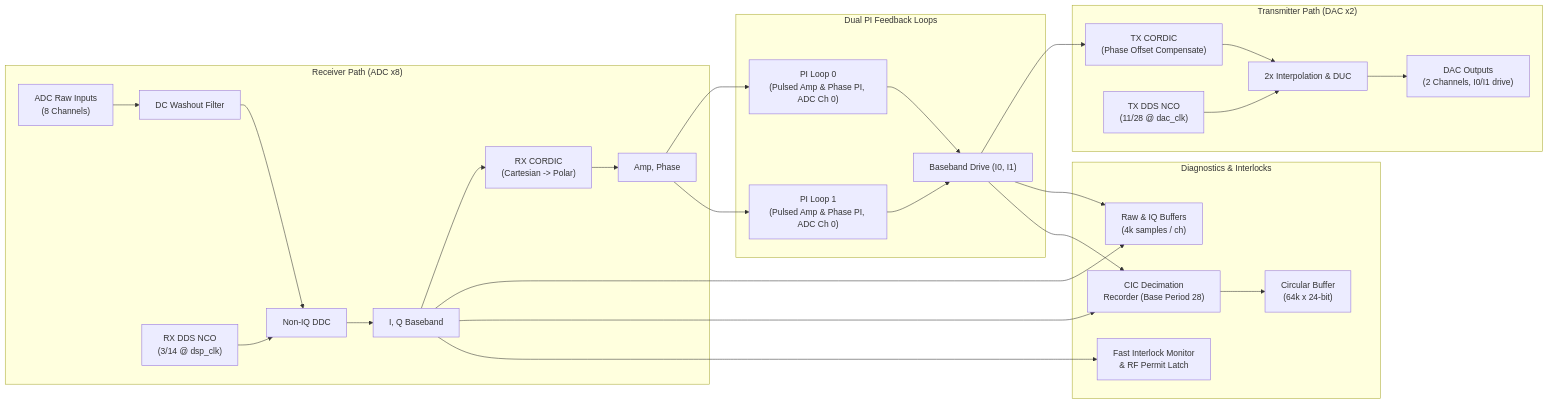
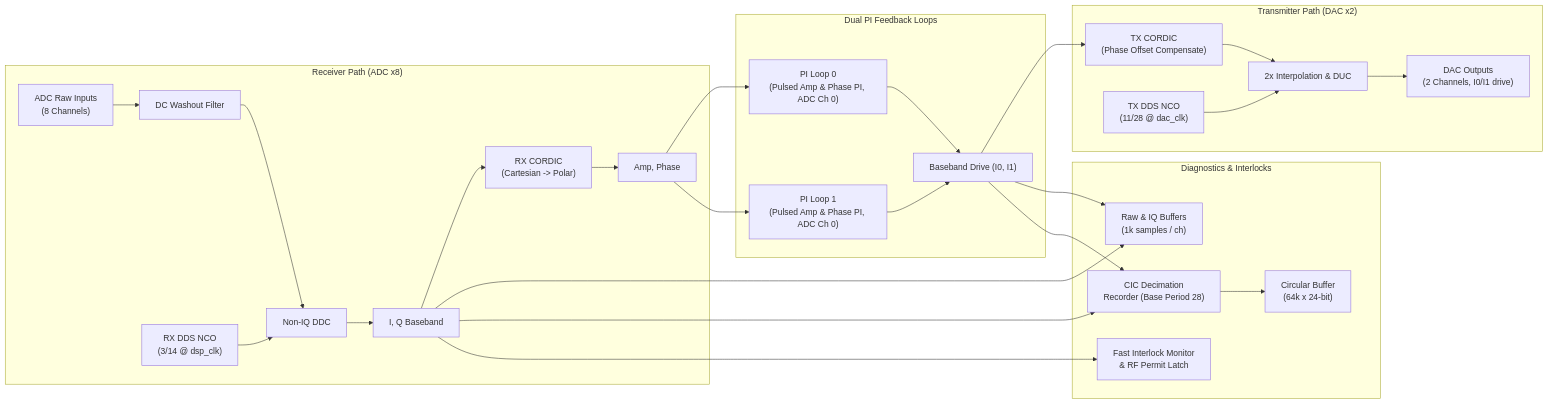
Before and after one commit to BerkeleyLab/uspas_llrf: the diagram in designs/lemp/README.md, drawn with Mermaid. The commit also changed other lines of this file and 13 other files, not shown here.

````diff
--- a/designs/lemp/README.md
+++ b/designs/lemp/README.md
@@ -34,34 +34,34 @@
 ```mermaid
 flowchart LR
     subgraph RX_Path["Receiver Path (ADC x8)"]
         ADC["ADC Raw Inputs<br/>(8 Channels)"] --> WASH["DC Washout Filter"]
         WASH --> DDC["Non-IQ DDC"]
         RX_DDS["RX DDS NCO<br/>(3/14 @ dsp_clk)"] --> DDC
         DDC --> IQ_BB["I, Q Baseband"]
         IQ_BB --> RX_CORDIC["RX CORDIC<br/>(Cartesian -> Polar)"]
         RX_CORDIC --> AMP_PHS["Amp, Phase"]
     end
 
     subgraph Control_Loops["Dual PI Feedback Loops"]
         AMP_PHS --> PI0["PI Loop 0<br/>(Pulsed Amp & Phase PI, ADC Ch 0)"]
         AMP_PHS --> PI1["PI Loop 1<br/>(Pulsed Amp & Phase PI, ADC Ch 0)"]
         PI0 --> DRIVE["Baseband Drive (I0, I1)"]
         PI1 --> DRIVE
     end
 
     subgraph TX_Path["Transmitter Path (DAC x2)"]
         DRIVE --> TX_CORDIC["TX CORDIC<br/>(Phase Offset Compensate)"]
         TX_CORDIC --> DUC["2x Interpolation & DUC"]
         TX_DDS["TX DDS NCO<br/>(11/28 @ dac_clk)"] --> DUC
         DUC --> DAC["DAC Outputs<br/>(2 Channels, I0/I1 drive)"]
     end
 
     subgraph Diagnostics["Diagnostics & Interlocks"]
-        IQ_BB --> RAW_BUF["Raw & IQ Buffers<br/>(4k samples / ch)"]
+        IQ_BB --> RAW_BUF["Raw & IQ Buffers<br/>(1k samples / ch)"]
         DRIVE --> RAW_BUF
         IQ_BB --> CIC["CIC Decimation<br/>Recorder (Base Period 28)"]
         DRIVE --> CIC
         CIC --> CBUF["Circular Buffer<br/>(64k x 24-bit)"]
         IQ_BB --> INLK["Fast Interlock Monitor<br/>& RF Permit Latch"]
     end
 ```
````
